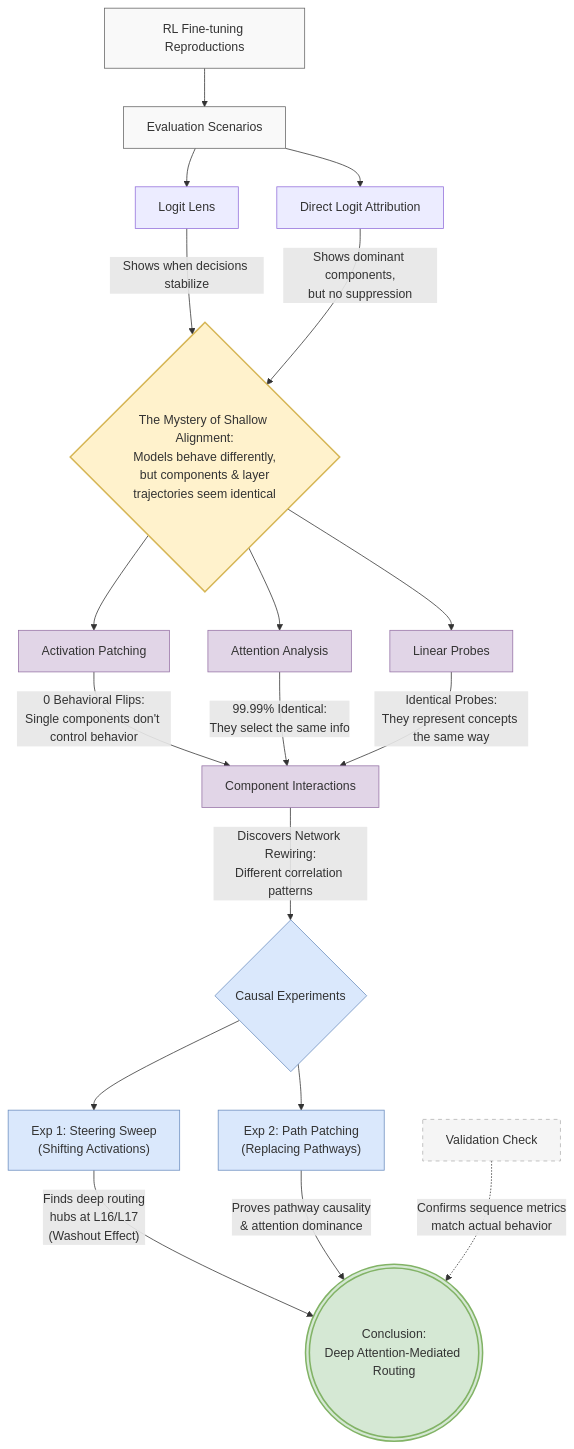
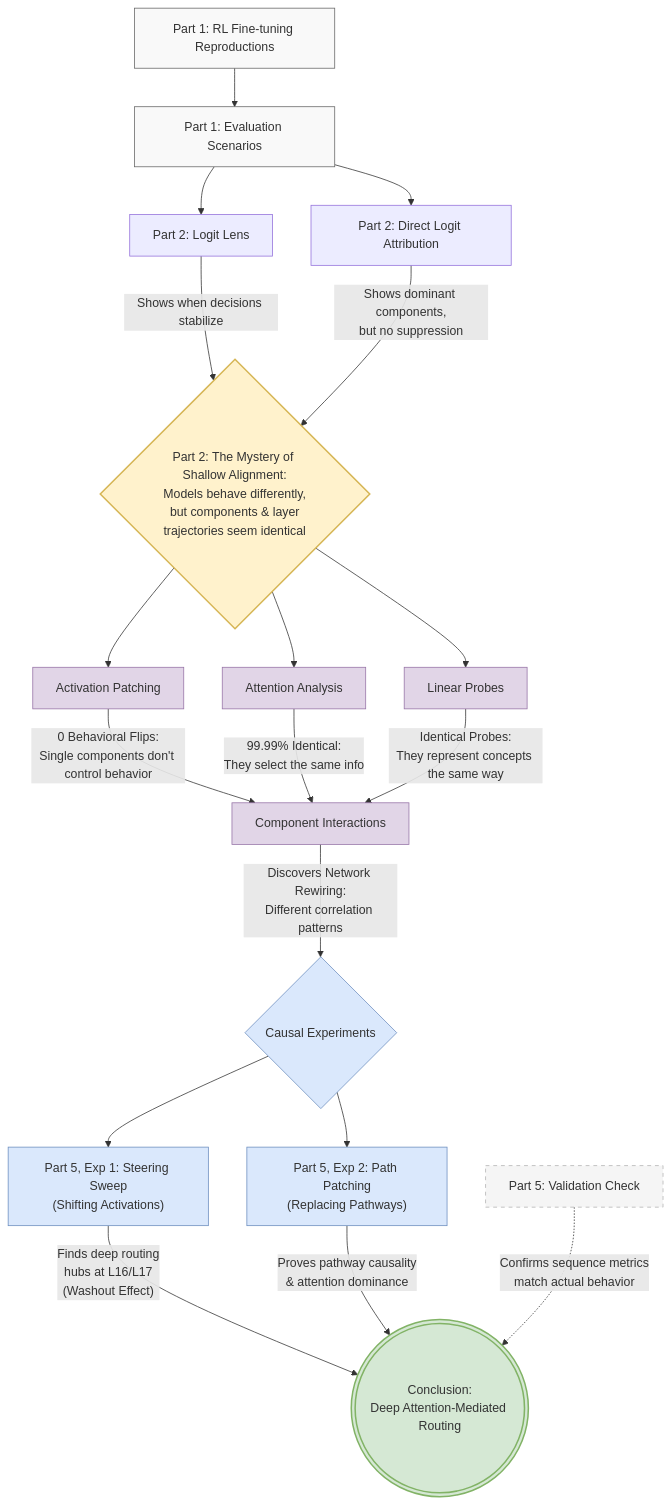
One commit to tylercrosse/LLM_morality changed the fifth of 5 diagrams in WRITE_UP.md. Above: the diagram before and after it, drawn with Mermaid. The commit also changed other lines of this file and 1 other file, not shown here.

````diff
--- a/WRITE_UP.md
+++ b/WRITE_UP.md
@@ -814,57 +646,57 @@
 ```mermaid
 graph TD
     classDef setup fill:#f9f9f9,stroke:#666,stroke-width:1px;
     classDef feature fill:#fff2cc,stroke:#d6b656,stroke-width:2px;
     classDef test fill:#e1d5e7,stroke:#9673a6,stroke-width:1px;
     classDef causal fill:#dae8fc,stroke:#6c8ebf,stroke-width:1px;
     classDef conclusion fill:#d5e8d4,stroke:#82b366,stroke-width:2px;
     classDef validation fill:#f5f5f5,stroke:#b3b3b3,stroke-width:1px,stroke-dasharray: 5 5;
 
     %% Base Setup
-    FT[RL Fine-tuning Reproductions] --> Eval[Evaluation Scenarios]
-    Eval --> LL[Logit Lens]
-    Eval --> DLA[Direct Logit Attribution]
+    FT[Part 1: RL Fine-tuning Reproductions] --> Eval[Part 1: Evaluation Scenarios]
+    Eval --> LL[Part 2: Logit Lens]
+    Eval --> DLA[Part 2: Direct Logit Attribution]
 
     class FT,Eval setup;
 
     %% The Mystery
-    LL -- Shows when decisions stabilize --> Mystery{The Mystery of Shallow Alignment:<br>Models behave differently,<br>but components & layer<br>trajectories seem identical}
+    LL -- Shows when decisions stabilize --> Mystery{Part 2: The Mystery of Shallow Alignment:<br>Models behave differently,<br>but components & layer<br>trajectories seem identical}
     DLA -- Shows dominant components,<br>but no suppression --> Mystery
 
     class Mystery feature;
 
     %% Hypothesis Testing
     Mystery --> AP[Activation Patching]
     Mystery --> Attn[Attention Analysis]
     Mystery --> Probes[Linear Probes]
 
     class AP,Attn,Probes test;
 
     %% Null Results -> New Hypothesis
     AP -- "0 Behavioral Flips:<br>Single components don't control behavior" --> Interact[Component Interactions]
     Attn -- "99.99% Identical:<br>They select the same info" --> Interact
     Probes -- "Identical Probes:<br>They represent concepts the same way" --> Interact
 
     class Interact test;
 
     %% The Breakthrough
     Interact -- "Discovers Network Rewiring:<br>Different correlation patterns" --> Causal{Causal Experiments}
 
     class Causal causal;
 
     %% Testing the Mechanism
-    Causal --> Exp1["Exp 1: Steering Sweep<br>(Shifting Activations)"]
-    Causal --> Exp2["Exp 2: Path Patching<br>(Replacing Pathways)"]
+    Causal --> Exp1["Part 5, Exp 1: Steering Sweep<br>(Shifting Activations)"]
+    Causal --> Exp2["Part 5, Exp 2: Path Patching<br>(Replacing Pathways)"]
 
     class Exp1,Exp2 causal;
 
     %% Final Conclusions
     Exp1 -- Finds deep routing<br>hubs at L16/L17<br>(Washout Effect) --> Conclusion(((Conclusion:<br>Deep Attention-Mediated Routing)))
     Exp2 -- Proves pathway causality<br>& attention dominance --> Conclusion
 
     %% Validation
-    Val[Validation Check] -. Confirms sequence metrics<br>match actual behavior .-> Conclusion
+    Val[Part 5: Validation Check] -. Confirms sequence metrics<br>match actual behavior .-> Conclusion
 
     class Conclusion conclusion;
     class Val validation;
 ```
````
